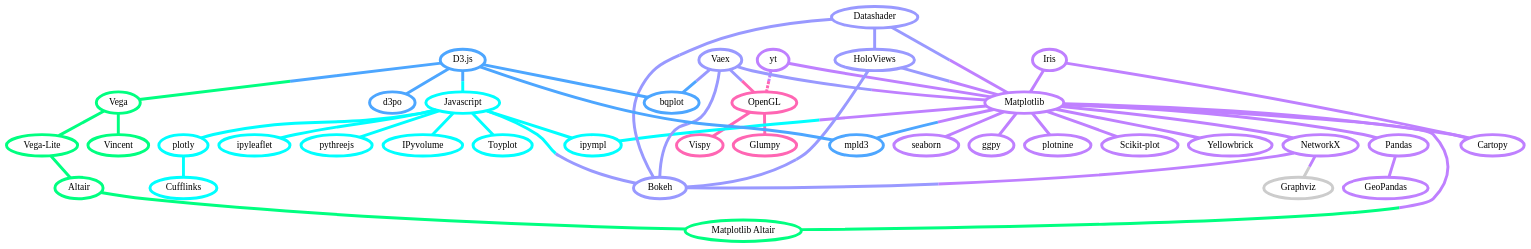
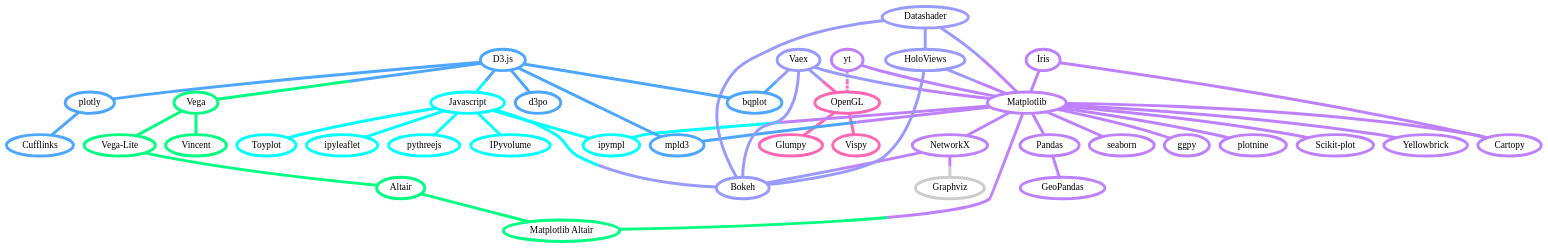
Before and after one commit to veit/jupyter-tutorial: the diagram in docs/viz/overview.rst, drawn with Graphviz.

Commit message:
Move plotly to the d3 universe

```diff
--- a/docs/viz/overview.rst
+++ b/docs/viz/overview.rst
@@ -187,6 +187,18 @@
             color="#4da6ff",
             target="_top",
             href="https://github.com/adamlabadorf/d3po"]
+        plotly [
+            label="plotly",
+            tooltip="Interaktive Graphikbibliothek\nfür Python",
+            color="#4da6ff",
+            target="_top",
+            href="https://github.com/plotly/plotly.py"]
+        cufflinks [
+            label="Cufflinks",
+            tooltip="Interaktive Plotly-Plots\nfür Pandas",
+            color="#4da6ff",
+            target="_top",
+            href="https://github.com/santosjorge/cufflinks"]
         mpld3 [
             label="mpld3",
             tooltip="Matplotlib für\nden Webbrowser",
@@ -195,6 +207,8 @@
             href="https://mpld3.github.io/"]
         d3js -- bqplot [color="#4da6ff"]
         d3js -- mpld3 [color="#4da6ff"]
+        d3js -- plotly [color="#4da6ff"]
+        plotly -- cufflinks [color="#4da6ff"]
         d3js -- d3po [color="#4da6ff"]
         d3js -- vega [color="#4da6ff;0.5:#00FF80"]
         d3js -- javascript [color="#4da6ff;0.5:#00FFFF"]
@@ -242,18 +256,6 @@
             color="#00FFFF",
             target="_top",
             href="../viz/js/index.html"]
-        plotly [
-            label="plotly",
-            tooltip="Interaktive Graphikbibliothek\nfür Python",
-            color="#00FFFF",
-            target="_top",
-            href="https://github.com/plotly/plotly.py"]
-        cufflinks [
-            label="Cufflinks",
-            tooltip="Interaktive Plotly-Plots\nfür Pandas",
-            color="#00FFFF",
-            target="_top",
-            href="https://github.com/santosjorge/cufflinks"]
         pythreejs [
             label="pythreejs",
             tooltip="Notebook-Extension\nfür WebGL-fähige Webbrowser",
@@ -285,8 +287,6 @@
             target="_top",
             href="../workspace/jupyter/ipywidgets/libs/ipympl.html"]
         javascript -- ipyvolume [color="#00FFFF"]
-        javascript -- plotly [color="#00FFFF"]
-        plotly -- cufflinks [color="#00FFFF"]
         javascript -- ipyleaflet [color="#00FFFF"]
         javascript -- ipympl [color="#00FFFF"]
         javascript -- toyplot [color="#00FFFF"]
```
